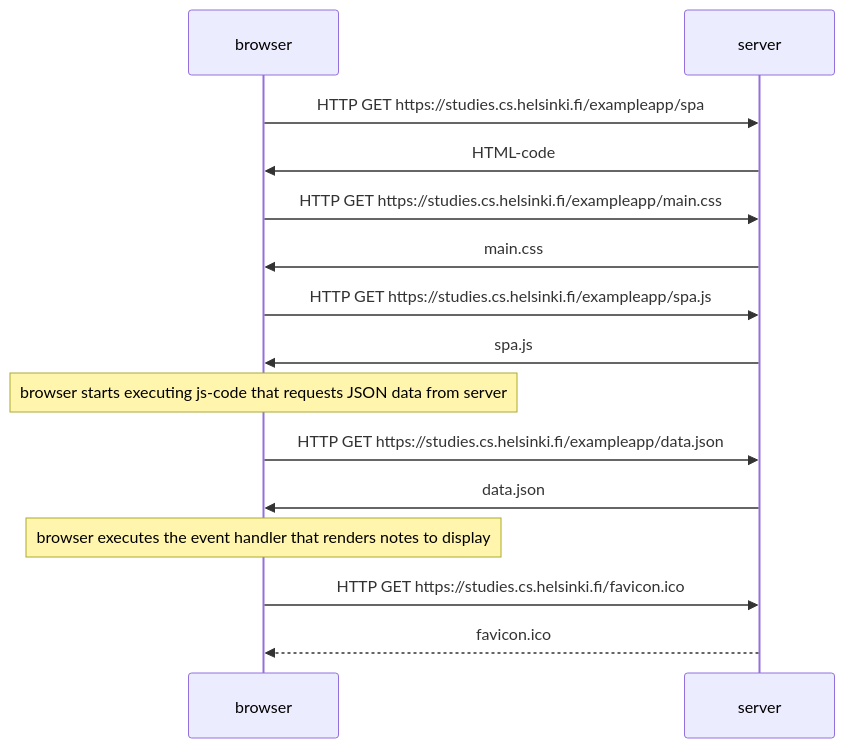
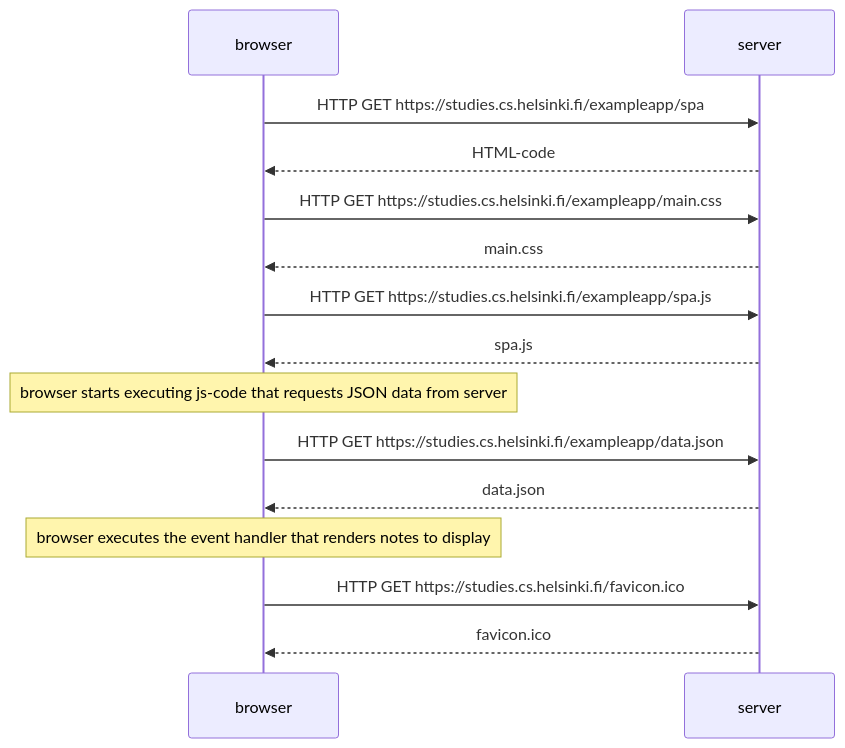
One commit to xPolydeuces/Full-Stack-Open-2022 changed the diagram in part0/single-page-app-diagram/README.md. Above: the diagram before and after it, drawn with Mermaid. The commit also changed 1 other file, not shown here.

Commit message:
Fix mermaid syntax

````diff
--- a/part0/single-page-app-diagram/README.md
+++ b/part0/single-page-app-diagram/README.md
@@ -1,15 +1,15 @@
 ```mermaid
 sequenceDiagram
 browser->>server: HTTP GET https://studies.cs.helsinki.fi/exampleapp/spa
-server->>browser: HTML-code
+server-->>browser: HTML-code
 browser->>server: HTTP GET https://studies.cs.helsinki.fi/exampleapp/main.css
-server->>browser: main.css
+server-->>browser: main.css
 browser->>server: HTTP GET https://studies.cs.helsinki.fi/exampleapp/spa.js
-server->>browser: spa.js
+server-->>browser: spa.js
 note over browser: browser starts executing js-code that requests JSON data from server
 browser->>server: HTTP GET https://studies.cs.helsinki.fi/exampleapp/data.json
-server->>browser: data.json
+server-->>browser: data.json
 note over browser: browser executes the event handler that renders notes to display
 browser->>server: HTTP GET https://studies.cs.helsinki.fi/favicon.ico
 server-->>browser: favicon.ico
 ```
````
